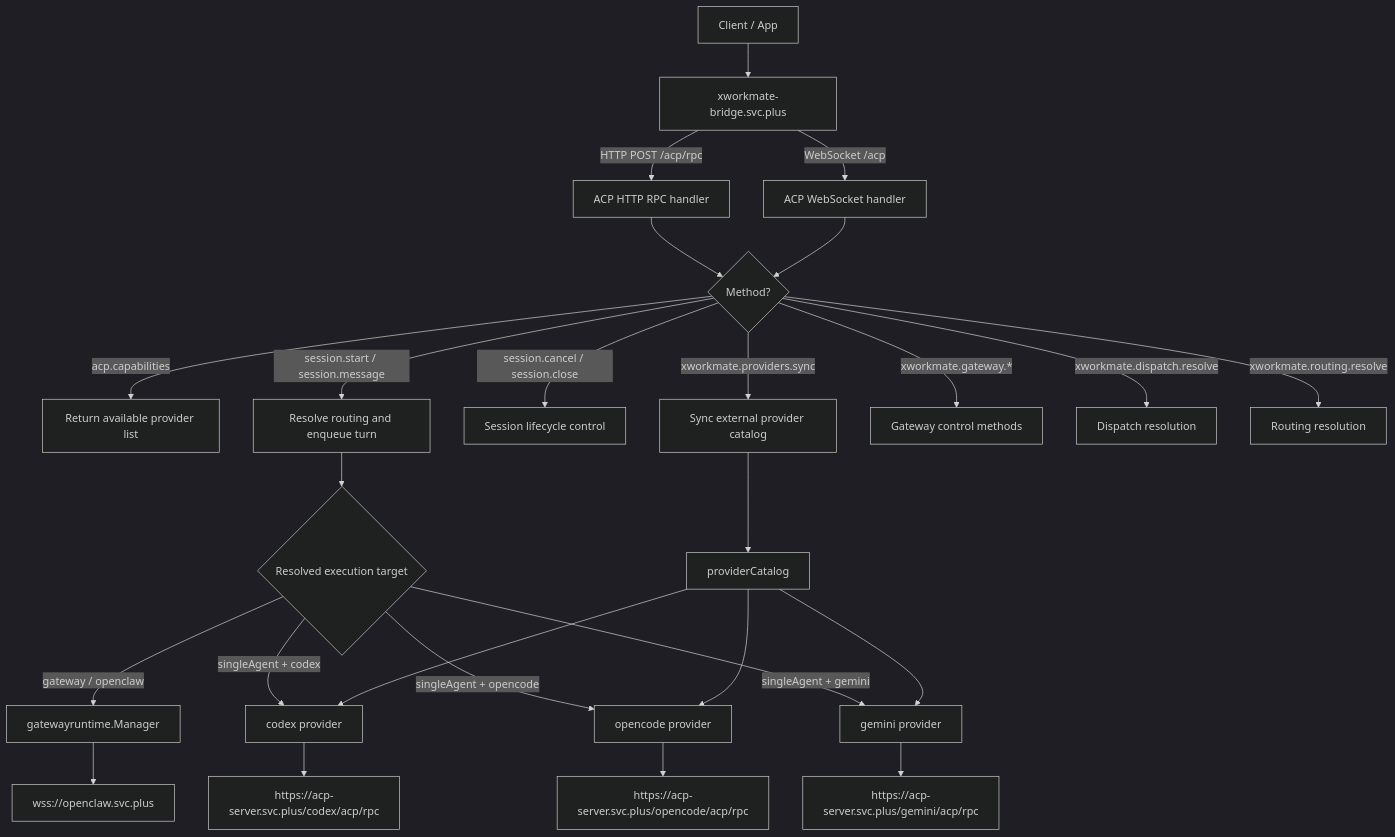
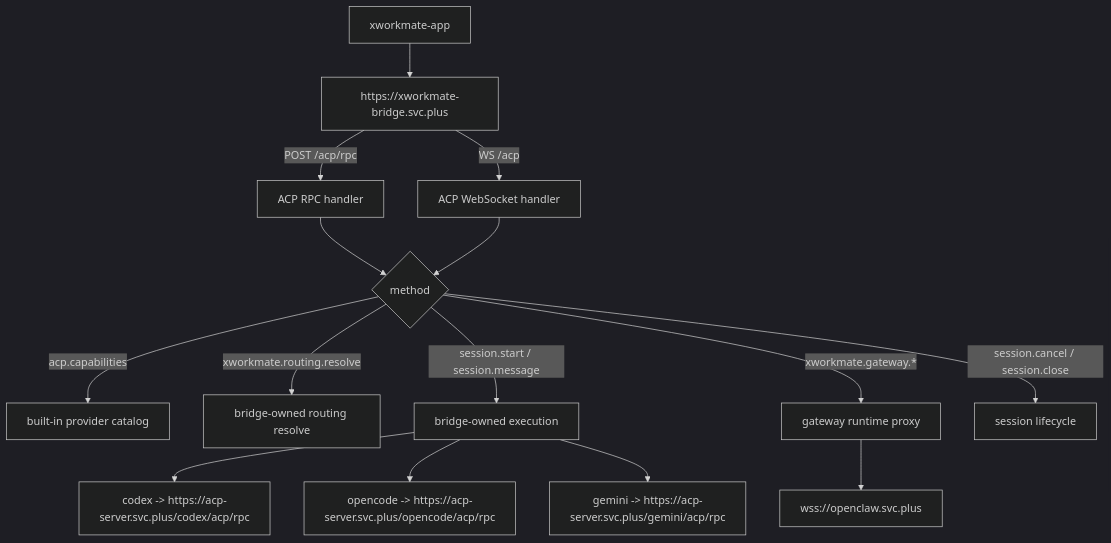
One commit to x-evor/xworkmate-bridge changed the diagram in docs/architecture/acp-forwarding-topology.md. Above: the diagram before and after it, drawn with Mermaid (dark theme). The commit also changed other lines of this file and 11 other files, not shown here.

Commit message:
Make production provider routing bridge-owned

````diff
--- a/docs/architecture/acp-forwarding-topology.md
+++ b/docs/architecture/acp-forwarding-topology.md
@@ -7,34 +7,22 @@
 ```mermaid
 flowchart TD
-  U[Client / App] --> B[xworkmate-bridge.svc.plus]
+  U["xworkmate-app"] --> B["https://xworkmate-bridge.svc.plus"]
 
-  B -->|HTTP POST /acp/rpc| ACPRPC[ACP HTTP RPC handler]
-  B -->|WebSocket /acp| ACPWS[ACP WebSocket handler]
+  B -->|POST /acp/rpc| RPC["ACP RPC handler"]
+  B -->|WS /acp| WS["ACP WebSocket handler"]
 
-  ACPRPC --> R{Method?}
-  ACPWS --> R
+  RPC --> R{"method"}
+  WS --> R
 
-  R -->|acp.capabilities| CAP[Return available provider list]
-  R -->|session.start / session.message| ENQ[Resolve routing and enqueue turn]
-  R -->|session.cancel / session.close| LIFE[Session lifecycle control]
-  R -->|xworkmate.providers.sync| SYNC[Sync external provider catalog]
-  R -->|xworkmate.gateway.*| GWAPI[Gateway control methods]
-  R -->|xworkmate.dispatch.resolve| DISPATCH[Dispatch resolution]
-  R -->|xworkmate.routing.resolve| ROUTE[Routing resolution]
+  R -->|acp.capabilities| CAP["built-in provider catalog"]
+  R -->|xworkmate.routing.resolve| ROUTE["bridge-owned routing resolve"]
+  R -->|session.start / session.message| RUN["bridge-owned execution"]
+  R -->|xworkmate.gateway.*| GWAPI["gateway runtime proxy"]
+  R -->|session.cancel / session.close| LIFE["session lifecycle"]
 
-  ENQ --> D{Resolved execution target}
-  D -->|gateway / openclaw| GW[gatewayruntime.Manager]
-  D -->|singleAgent + codex| C[codex provider]
-  D -->|singleAgent + opencode| O[opencode provider]
-  D -->|singleAgent + gemini| G[gemini provider]
+  RUN --> ACP1["codex -> https://acp-server.svc.plus/codex/acp/rpc"]
+  RUN --> ACP2["opencode -> https://acp-server.svc.plus/opencode/acp/rpc"]
+  RUN --> ACP3["gemini -> https://acp-server.svc.plus/gemini/acp/rpc"]
 
-  GW --> OCLAW[wss://openclaw.svc.plus]
-  C --> CODR[https://acp-server.svc.plus/codex/acp/rpc]
-  O --> OPR[https://acp-server.svc.plus/opencode/acp/rpc]
-  G --> GMR[https://acp-server.svc.plus/gemini/acp/rpc]
-
-  SYNC --> CAT[providerCatalog]
-  CAT --> C
-  CAT --> O
-  CAT --> G
+  GWAPI --> GW["wss://openclaw.svc.plus"]
 ```
````
